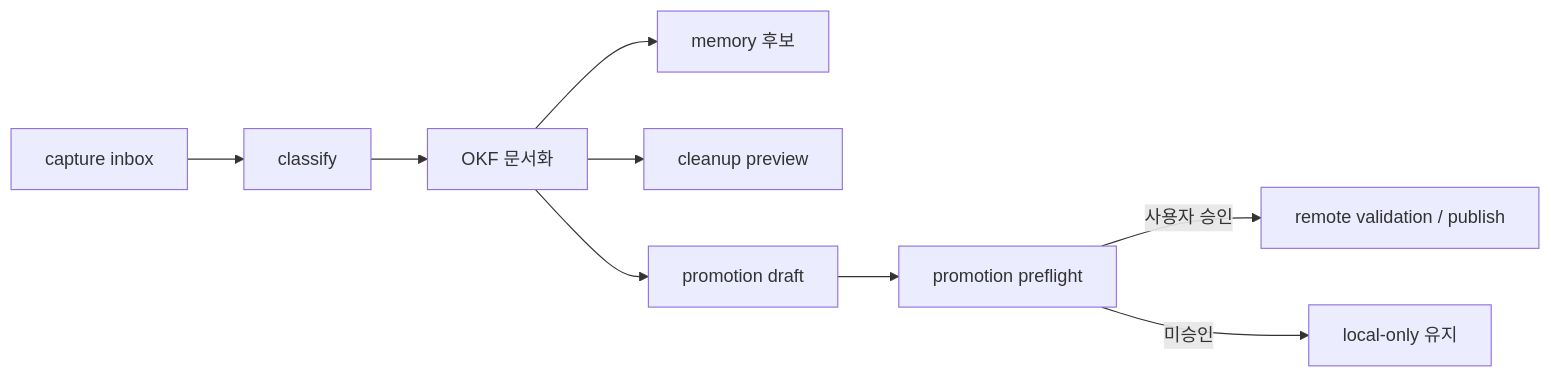
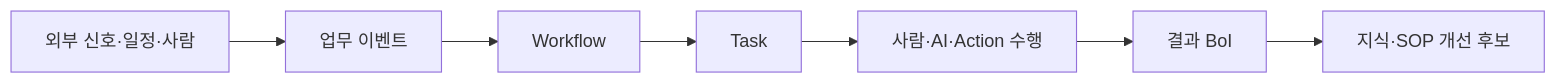
The second of 3 diagrams in data/boi/public/boi-wiki-manual/guide/final-operator-guide.md (chokukil/boi-wiki), drawn with Mermaid before and after one commit. The commit also changed other lines of this file and 89 other files, not shown here.

````diff
--- a/data/boi/public/boi-wiki-manual/guide/final-operator-guide.md
+++ b/data/boi/public/boi-wiki-manual/guide/final-operator-guide.md
@@ -197,11 +108,9 @@
 ```mermaid
 flowchart LR
-  CAP["capture inbox"] --> CLS["classify"]
-  CLS --> OKF["OKF 문서화"]
-  OKF --> MEM["memory 후보"]
-  OKF --> CLEAN["cleanup preview"]
-  OKF --> PROMO["promotion draft"]
-  PROMO --> PRE["promotion preflight"]
-  PRE -->|"사용자 승인"| REMOTE["remote validation / publish"]
-  PRE -->|"미승인"| LOCAL["local-only 유지"]
+  SIGNAL["외부 신호·일정·사람"] --> EVENT["업무 이벤트"]
+  EVENT --> WF["Workflow"]
+  WF --> TASK["Task"]
+  TASK --> ACTION["사람·AI·Action 수행"]
+  ACTION --> BOI["결과 BoI"]
+  BOI --> LEARN["지식·SOP 개선 후보"]
 ```
````
